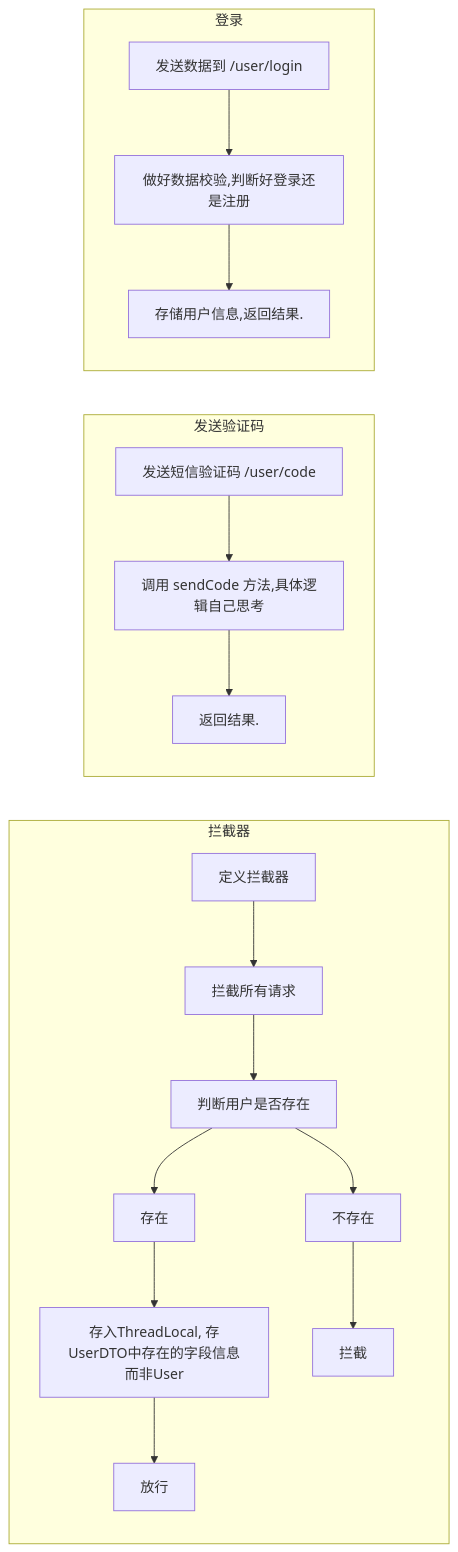
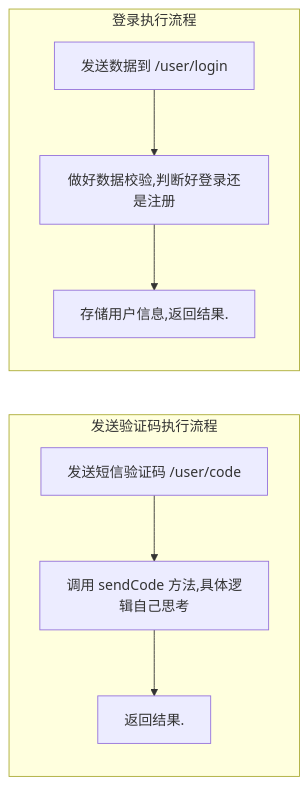
One commit to csliujw/CodeNotes changed the fifth of 19 diagrams in 中间件/Redis-实战.md. Above: the diagram before and after it, drawn with Mermaid. The commit also changed other lines of this file and 27 other files, not shown here.

Commit message:
整合笔记内容，清理部分无用图片，新增部分读书笔记

````diff
--- a/中间件/Redis-实战.md
+++ b/中间件/Redis-实战.md
@@ -686,13 +1555,9 @@
 ```mermaid
 graph LR
-subgraph 拦截器
-	定义拦截器-->拦截所有请求-->判断用户是否存在-->存在-->存入ThreadLocal,&nbsp存UserDTO中存在的字段信息而非User-->放行
-	判断用户是否存在-->不存在-->拦截
-end
-subgraph 发送验证码
+subgraph 发送验证码执行流程
 	发送短信验证码&nbsp/user/code-->调用&nbspsendCode&nbsp方法,具体逻辑自己思考-->返回结果.
 end
-subgraph 登录
+subgraph 登录执行流程
 	发送数据到&nbsp/user/login-->做好数据校验,判断好登录还是注册-->存储用户信息,返回结果.
 end
 ```
````
